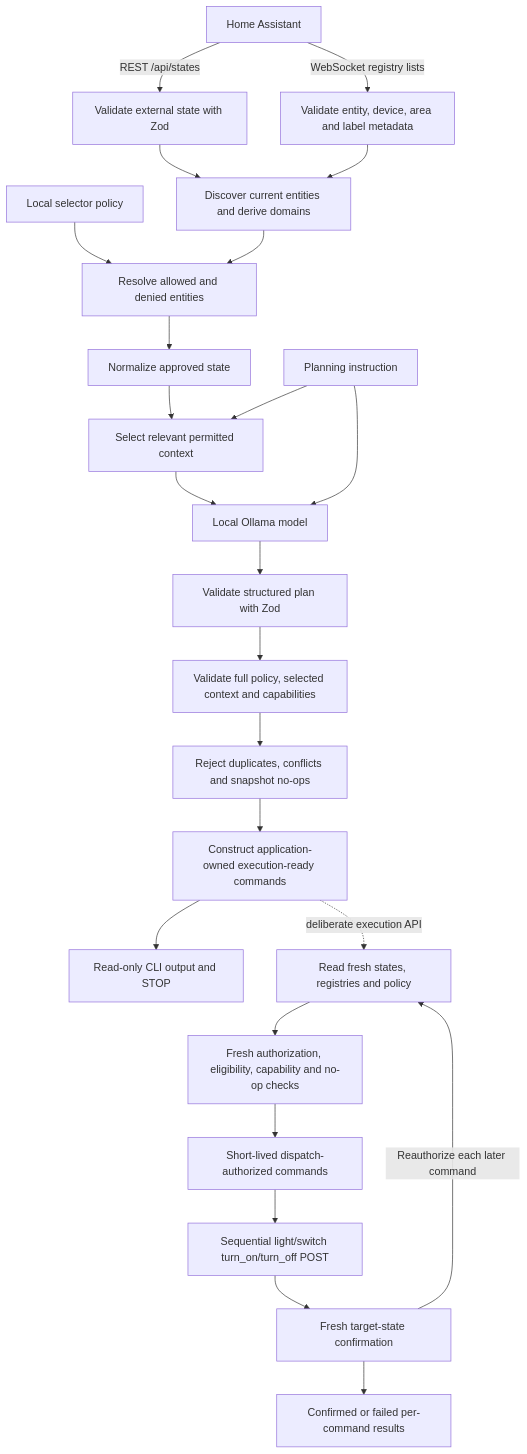
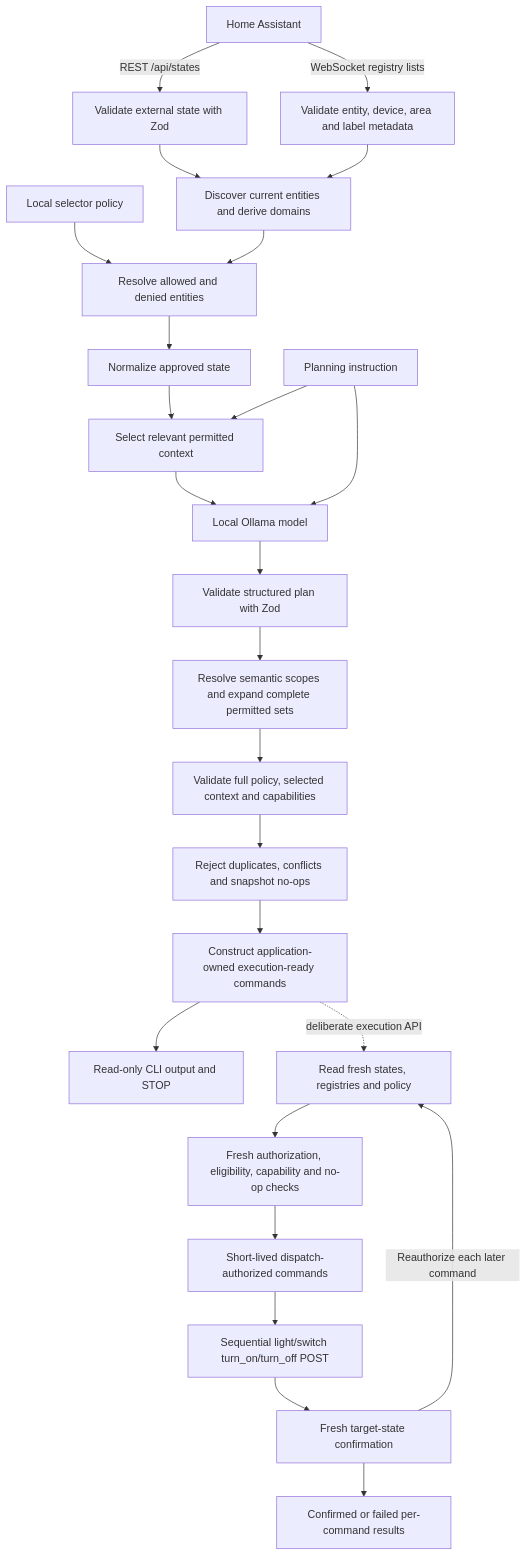
The diagram in README.md (aabiskar1/aryal-home), drawn with Mermaid before and after one commit. The commit also changed other lines of this file and 16 other files, not shown here.

Commit message:
feat: expand semantic area and domain set intents deterministically

````diff
--- a/README.md
+++ b/README.md
@@ -42,26 +43,27 @@
 ```mermaid
 flowchart TD
     HA[Home Assistant] -->|REST /api/states| HV[Validate external state with Zod]
     HA -->|WebSocket registry lists| RG[Validate entity, device, area and label metadata]
     HV --> D[Discover current entities and derive domains]
     RG --> D
     P[Local selector policy] --> R[Resolve allowed and denied entities]
     D --> R
     R --> N[Normalize approved state]
     N --> Q[Select relevant permitted context]
     I[Planning instruction] --> Q
     Q --> O[Local Ollama model]
     I --> O
     O --> S[Validate structured plan with Zod]
-    S --> PV[Validate full policy, selected context and capabilities]
+    S --> SI[Resolve semantic scopes and expand complete permitted sets]
+    SI --> PV[Validate full policy, selected context and capabilities]
     PV --> ER[Reject duplicates, conflicts and snapshot no-ops]
     ER --> CMD[Construct application-owned execution-ready commands]
     CMD --> C[Read-only CLI output and STOP]
     CMD -. deliberate execution API .-> FR[Read fresh states, registries and policy]
     FR --> RV[Fresh authorization, eligibility, capability and no-op checks]
     RV --> DAC[Short-lived dispatch-authorized commands]
     DAC --> E[Sequential light/switch turn_on/turn_off POST]
     E --> CONF[Fresh target-state confirmation]
     CONF --> RESULT[Confirmed or failed per-command results]
     CONF -->|Reauthorize each later command| FR
 ```
````
